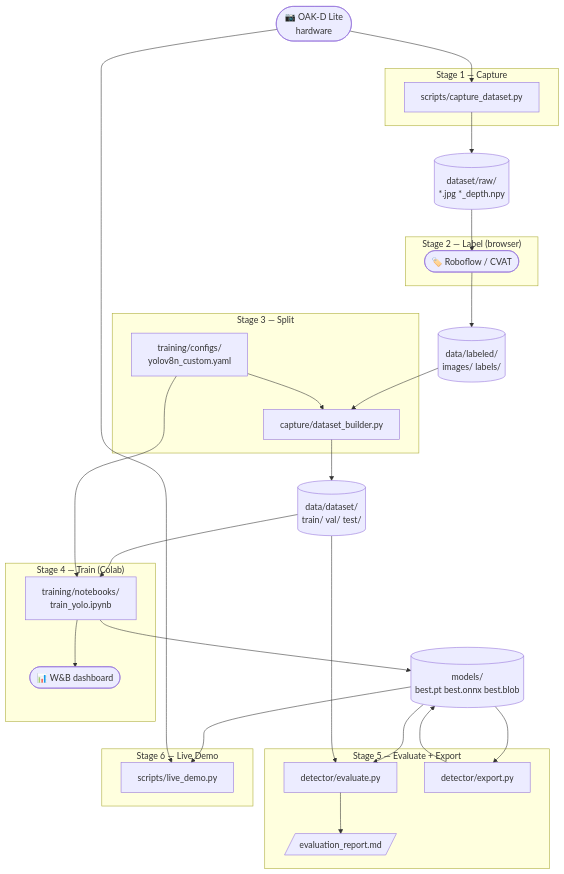
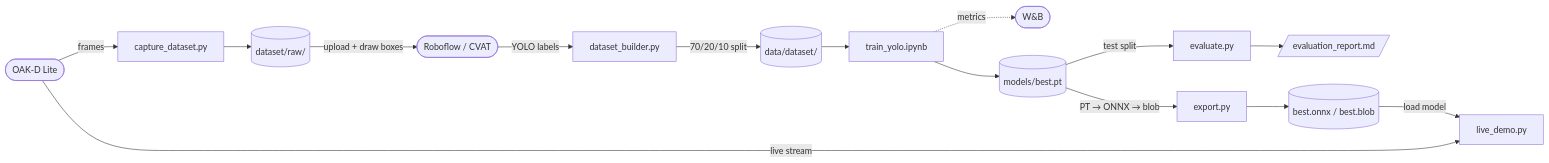
One commit to saman-aboutorab/oakd-vision-ml changed the first of 2 diagrams in EDUCATION.md. Above: the diagram before and after it, drawn with Mermaid. The commit also changed other lines of this file, not shown here.

First line of the commit message:
docs: replace cluttered diagrams with clean Mermaid flowcharts

````diff
--- a/EDUCATION.md
+++ b/EDUCATION.md
@@ -34,56 +34,32 @@
 ```mermaid
-flowchart TD
-    OAK(["📷 OAK-D Lite\nhardware"])
+flowchart LR
+    OAK(["OAK-D Lite"])
 
-    subgraph S1 ["Stage 1 — Capture"]
-        CAP["scripts/capture_dataset.py"]
-    end
+    CAP["capture_dataset.py"]
+    LABEL(["Roboflow / CVAT"])
+    DB["dataset_builder.py"]
+    NB["train_yolo.ipynb"]
+    WB(["W&B"])
+    EVA["evaluate.py"]
+    EXP["export.py"]
+    DEMO["live_demo.py"]
 
-    subgraph S2 ["Stage 2 — Label  (browser)"]
-        LABEL(["🏷️ Roboflow / CVAT"])
-    end
+    RAW[("dataset/raw/")]
+    DATA[("data/dataset/")]
+    PT[("models/best.pt")]
+    REPORT[/"evaluation_report.md"/]
+    EXPORTED[("best.onnx / best.blob")]
 
-    subgraph S3 ["Stage 3 — Split"]
-        DB["capture/dataset_builder.py"]
-        CFG["training/configs/\nyolov8n_custom.yaml"]
-    end
-
-    subgraph S4 ["Stage 4 — Train  (Colab)"]
-        NB["training/notebooks/\ntrain_yolo.ipynb"]
-        WB(["📊 W&B dashboard"])
-    end
-
-    subgraph S5 ["Stage 5 — Evaluate + Export"]
-        EVA["detector/evaluate.py"]
-        EXP["detector/export.py"]
-        REP[/"evaluation_report.md"/]
-    end
-
-    subgraph S6 ["Stage 6 — Live Demo"]
-        DEMO["scripts/live_demo.py"]
-    end
-
-    D_RAW[("dataset/raw/\n*.jpg  *_depth.npy")]
-    D_LAB[("data/labeled/\nimages/  labels/")]
-    D_SET[("data/dataset/\ntrain/ val/ test/")]
-    D_MOD[("models/\nbest.pt  best.onnx  best.blob")]
-
-    OAK --> CAP
-    CAP --> D_RAW
-    D_RAW --> LABEL
-    LABEL --> D_LAB
-    D_LAB --> DB
-    CFG  --> DB
-    DB   --> D_SET
-    D_SET --> NB
-    CFG   --> NB
-    NB --> D_MOD
-    NB --> WB
-    D_MOD --> EVA
-    D_SET --> EVA
-    EVA --> REP
-    D_MOD --> EXP
-    EXP --> D_MOD
-    D_MOD --> DEMO
-    OAK   --> DEMO
+    OAK      -->|frames| CAP
+    CAP      --> RAW
+    RAW      -->|upload + draw boxes| LABEL
+    LABEL    -->|YOLO labels| DB
+    DB       -->|70/20/10 split| DATA
+    DATA     --> NB
+    NB       --> PT
+    NB       -.->|metrics| WB
+    PT       -->|test split| EVA  --> REPORT
+    PT       -->|PT → ONNX → blob| EXP --> EXPORTED
+    EXPORTED -->|load model| DEMO
+    OAK      -->|live stream| DEMO
 ```
````
